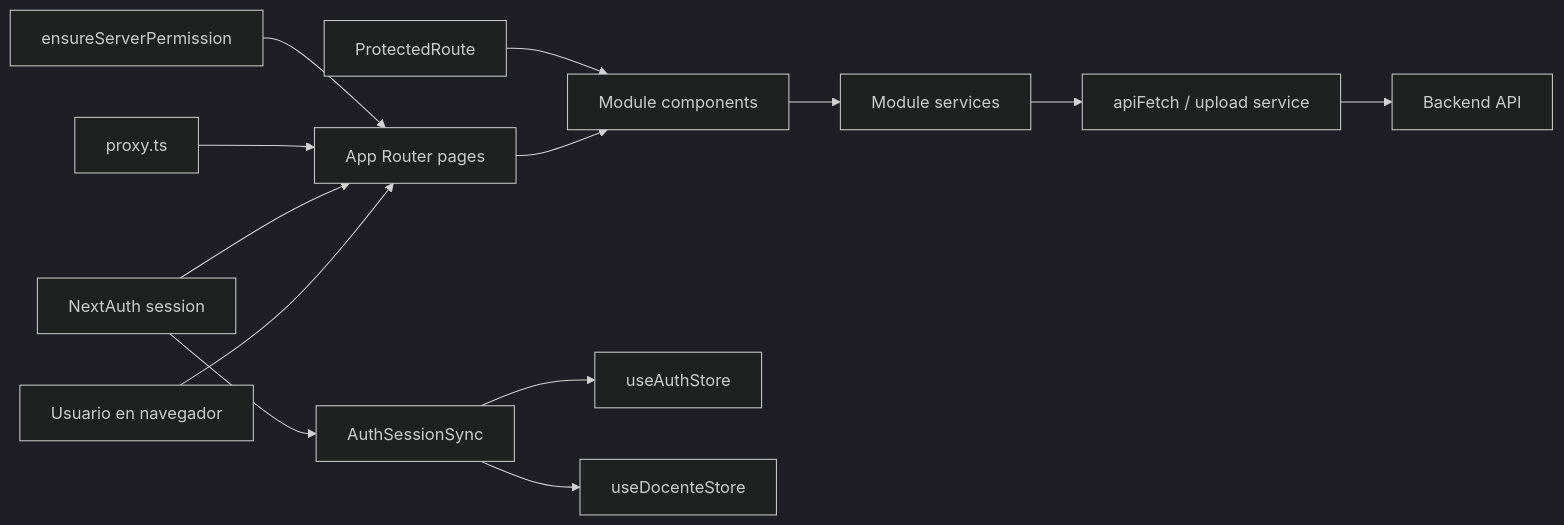
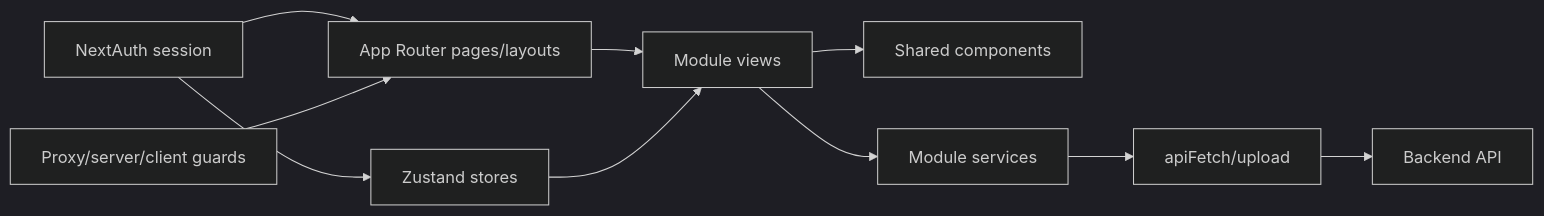
The diagram in docs/10-frontend-architecture.md (luismiguelgs/ciunac-admin-2), drawn with Mermaid (dark theme) before and after one commit. The commit also changed other lines of this file and 60 other files, not shown here.

````diff
--- a/docs/10-frontend-architecture.md
+++ b/docs/10-frontend-architecture.md
@@ -49,17 +14,12 @@
 ```mermaid
 flowchart LR
-    A["Usuario en navegador"] --> B["App Router pages"]
-    B --> C["Module components"]
-    C --> D["Module services"]
-    D --> E["apiFetch / upload service"]
-    E --> F["Backend API"]
-
-    G["NextAuth session"] --> B
-    G --> H["AuthSessionSync"]
-    H --> I["useAuthStore"]
-    H --> J["useDocenteStore"]
-
-    K["proxy.ts"] --> B
-    L["ensureServerPermission"] --> B
-    M["ProtectedRoute"] --> C
+    R["App Router pages/layouts"] --> M["Module views"]
+    M --> C["Shared components"]
+    M --> S["Module services"]
+    S --> A["apiFetch/upload"]
+    A --> B["Backend API"]
+    N["NextAuth session"] --> R
+    N --> Z["Zustand stores"]
+    Z --> M
+    P["Proxy/server/client guards"] --> R
 ```
````
